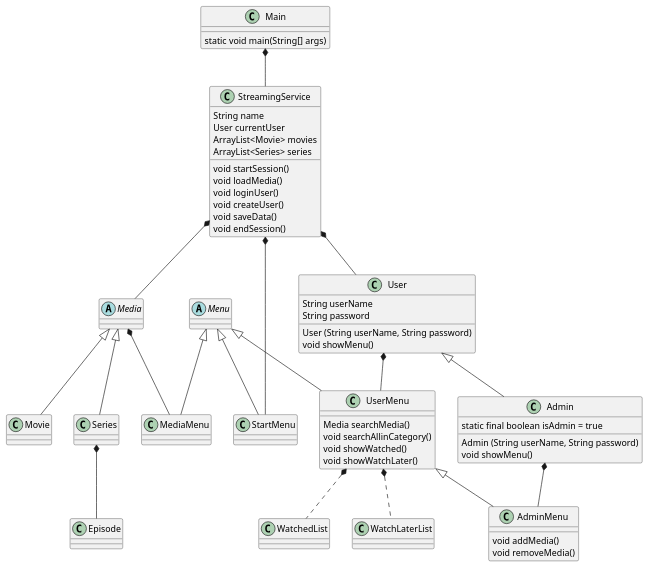
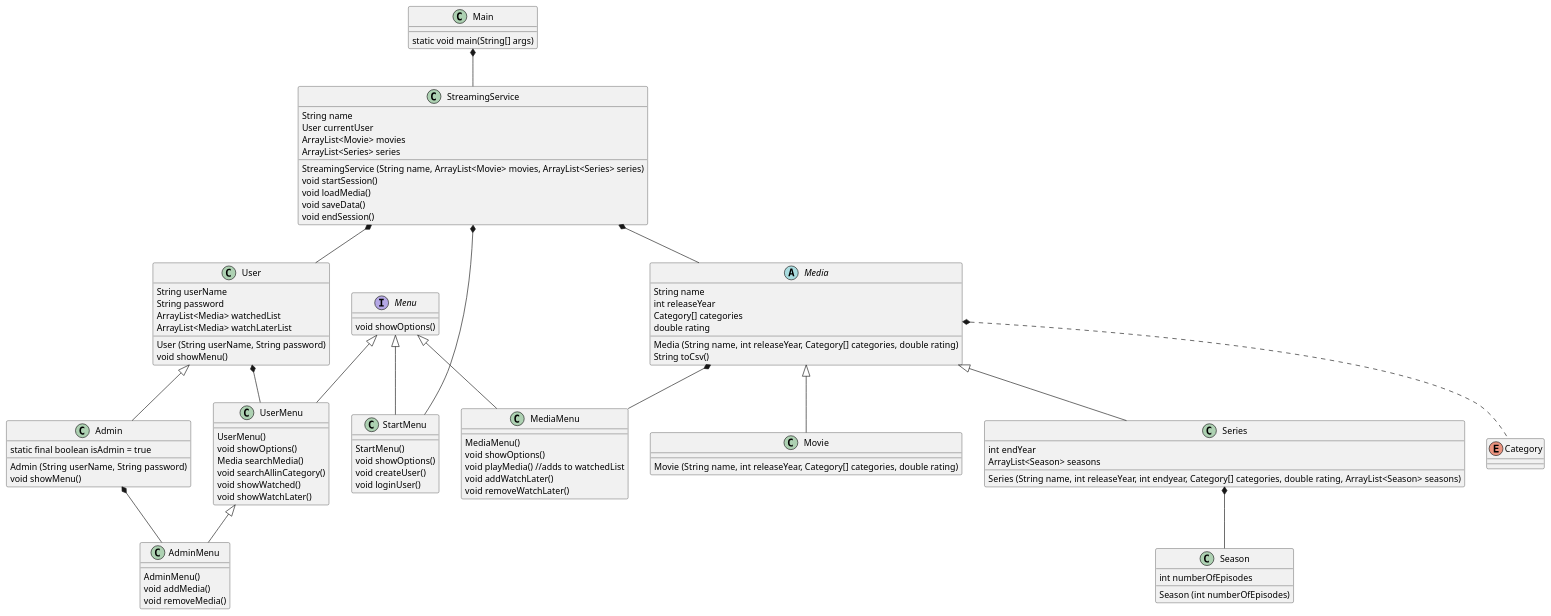
One commit to Magnus128/SP3-gruppe-E changed the diagram in doc/classDiagram.puml. Above: the diagram before and after it, drawn with PlantUML. The commit also changed 1 other file, not shown here.

Commit message:
klassediagram

```diff
--- a/doc/classDiagram.puml
+++ b/doc/classDiagram.puml
@@ -1,67 +1,111 @@
 @startuml
 'https://plantuml.com/class-diagram
 
 class Main{
     static void main(String[] args)
 }
+
 class StreamingService {
     String name
     User currentUser
     ArrayList<Movie> movies
     ArrayList<Series> series
+    StreamingService (String name, ArrayList<Movie> movies, ArrayList<Series> series)
     void startSession()
     void loadMedia()
-    void loginUser()
-    void createUser()
     void saveData()
     void endSession()
 }
+
 class User {
     String userName
     String password
+    ArrayList<Media> watchedList
+    ArrayList<Media> watchLaterList
     User (String userName, String password)
     void showMenu()
 }
+
 class Admin {
     static final boolean isAdmin = true
     Admin (String userName, String password)
     void showMenu()
 }
-abstract class Media
-class Movie
-class Series
-class Episode
-abstract class Menu
+
+abstract class Media{
+    String name
+    int releaseYear
+    Category[] categories
+    double rating
+    Media (String name, int releaseYear, Category[] categories, double rating)
+    String toCsv()
+}
+
+class Movie{
+    Movie (String name, int releaseYear, Category[] categories, double rating)
+}
+
+class Series{
+    int endYear
+    ArrayList<Season> seasons
+    Series (String name, int releaseYear, int endyear, Category[] categories, double rating, ArrayList<Season> seasons)
+}
+
+enum Category
+
+class Season{
+    int numberOfEpisodes
+    Season (int numberOfEpisodes)
+}
+
+interface Menu{
+    void showOptions()
+}
+
 class UserMenu {
+    UserMenu()
+    void showOptions()
     Media searchMedia()
     void searchAllinCategory()
     void showWatched()
     void showWatchLater()
 }
-class WatchLaterList
-class WatchedList
-class StartMenu
+
+class StartMenu{
+    StartMenu()
+    void showOptions()
+    void createUser()
+    void loginUser()
+}
+
 class AdminMenu {
+    AdminMenu()
     void addMedia()
     void removeMedia()
 }
-class MediaMenu
+
+class MediaMenu {
+    MediaMenu()
+    void showOptions()
+    void playMedia() //adds to watchedList
+    void addWatchLater()
+    void removeWatchLater()
+}
 
 Main *-- StreamingService
 StreamingService *-- User
 StreamingService *-- StartMenu
 StreamingService *-- Media
 Menu <|-- UserMenu
 Menu <|-- StartMenu
 Menu <|-- MediaMenu
 User <|-- Admin
 User *-- UserMenu
 Admin *-- AdminMenu
 UserMenu <|-- AdminMenu
-UserMenu *.. WatchLaterList
-UserMenu *.. WatchedList
 Media *-- MediaMenu
 Media <|-- Movie
 Media <|-- Series
-Series *-- Episode
+Media *.. Category
+Series *-- Season
 @enduml
```
